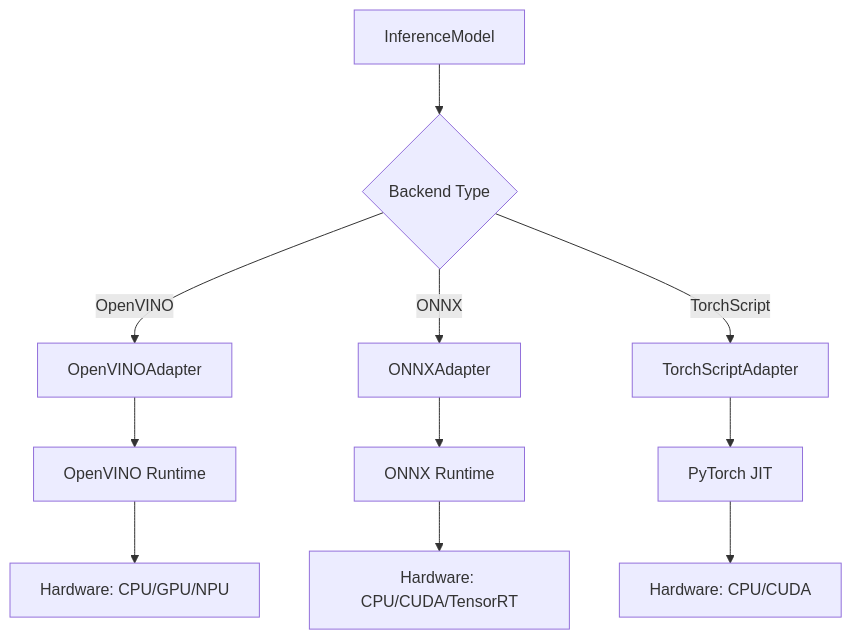
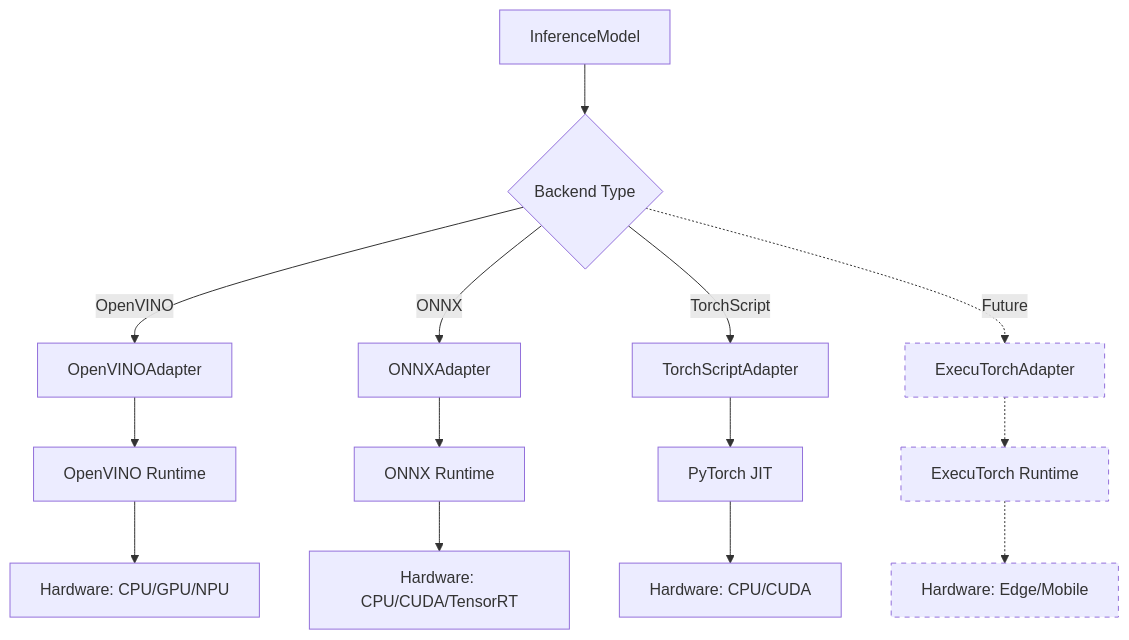
Before and after one commit to open-edge-platform/physical-ai-studio: the first of 4 diagrams in library/docs/design/inference/overview.md, drawn with Mermaid. The commit also changed other lines of this file and 1 other file, not shown here.

Commit message:
refactor: Update model class names and clean up ONNX export examples

````diff
--- a/library/docs/design/inference/overview.md
+++ b/library/docs/design/inference/overview.md
@@ -60,15 +60,22 @@
 ```mermaid
 graph TD
     A[InferenceModel] --> B{Backend Type}
     B -->|OpenVINO| C[OpenVINOAdapter]
     B -->|ONNX| D[ONNXAdapter]
     B -->|TorchScript| E[TorchScriptAdapter]
-    
-    C --> F[OpenVINO Runtime]
-    D --> G[ONNX Runtime]
-    E --> H[PyTorch JIT]
-    
-    F --> I[Hardware: CPU/GPU/NPU]
-    G --> J[Hardware: CPU/CUDA/TensorRT]
-    H --> K[Hardware: CPU/CUDA]
+    B -.->|Future| F[ExecuTorchAdapter]
+
+    C --> G[OpenVINO Runtime]
+    D --> H[ONNX Runtime]
+    E --> I[PyTorch JIT]
+    F -.-> J[ExecuTorch Runtime]
+
+    G --> K[Hardware: CPU/GPU/NPU]
+    H --> L[Hardware: CPU/CUDA/TensorRT]
+    I --> M[Hardware: CPU/CUDA]
+    J -.-> N[Hardware: Edge/Mobile]
+
+    style F stroke-dasharray: 5 5
+    style J stroke-dasharray: 5 5
+    style N stroke-dasharray: 5 5
 ```
````
